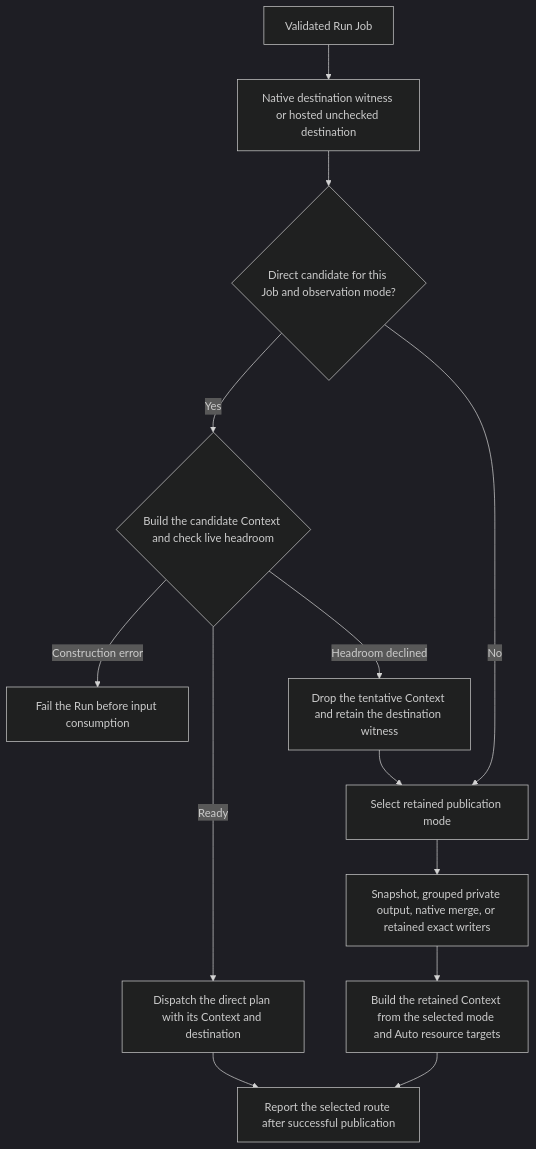
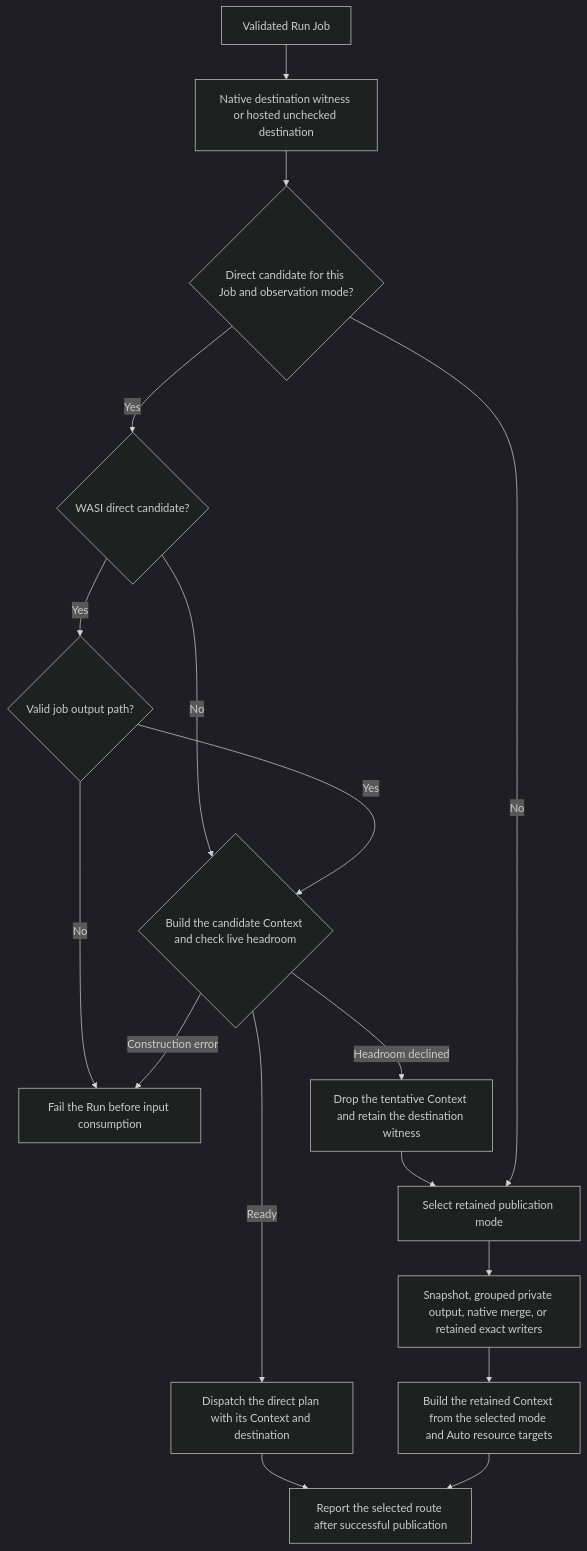
One commit to jsmatfess/chopper changed the second of 16 diagrams in docs/execution-decisions.md. Above: the diagram before and after it, drawn with Mermaid (dark theme). The commit also changed 1 other file, not shown here.

Commit message:
Verify destination identity across direct Run decline

````diff
--- a/docs/execution-decisions.md
+++ b/docs/execution-decisions.md
@@ -117,15 +117,19 @@
 ```mermaid
 flowchart TD
     Validated[Validated Run Job] --> Destination[Native destination witness or hosted unchecked destination]
     Destination --> Candidate{Direct candidate for this Job and observation mode?}
-    Candidate -->|Yes| Context{Build the candidate Context and check live headroom}
+    Candidate -->|Yes| Hosted{WASI direct candidate?}
+    Hosted -->|Yes| Output{Valid job output path?}
+    Hosted -->|No| Context{Build the candidate Context and check live headroom}
+    Output -->|Yes| Context
+    Output -->|No| Fail
     Context -->|Construction error| Fail[Fail the Run before input consumption]
     Context -->|Ready| Direct[Dispatch the direct plan with its Context and destination]
     Context -->|Headroom declined| Drop[Drop the tentative Context and retain the destination witness]
     Drop --> Retained[Select retained publication mode]
     Candidate -->|No| Retained
     Retained --> Policy[Snapshot, grouped private output, native merge, or retained exact writers]
     Policy --> Process[Build the retained Context from the selected mode and Auto resource targets]
     Direct --> Report[Report the selected route after successful publication]
     Process --> Report
 ```
````
